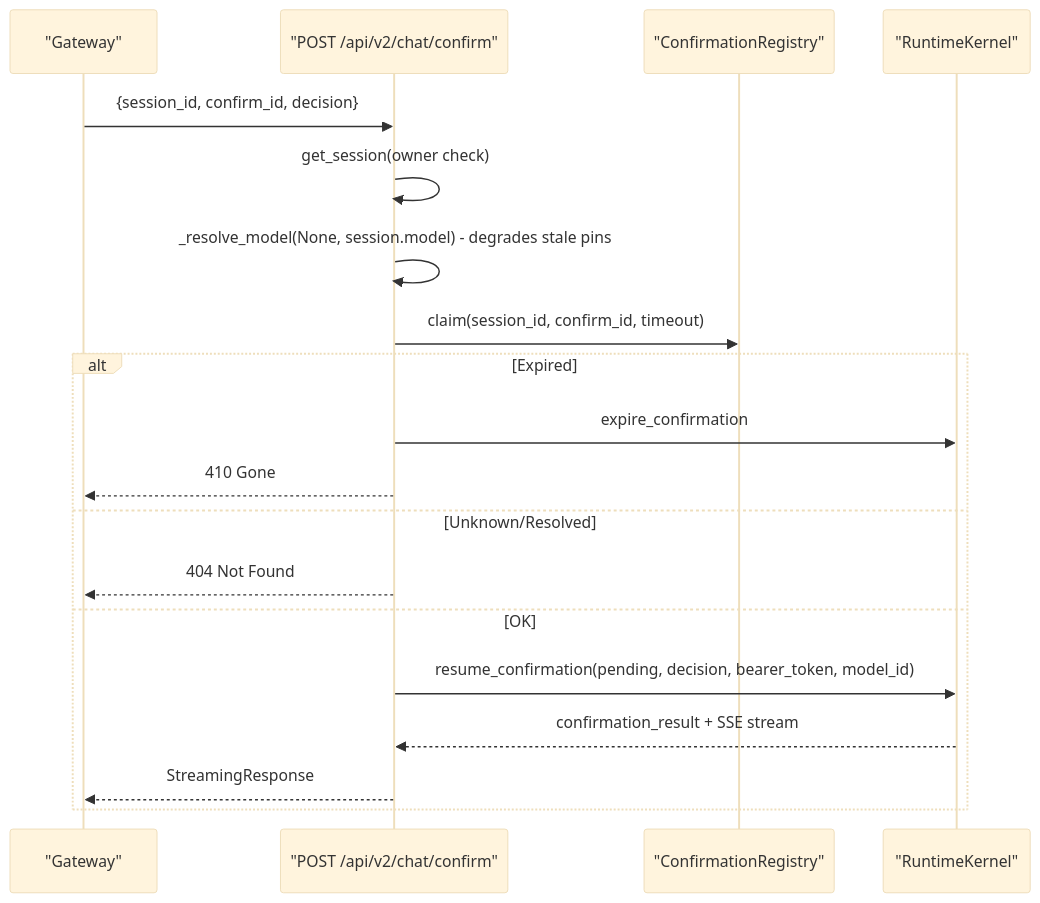
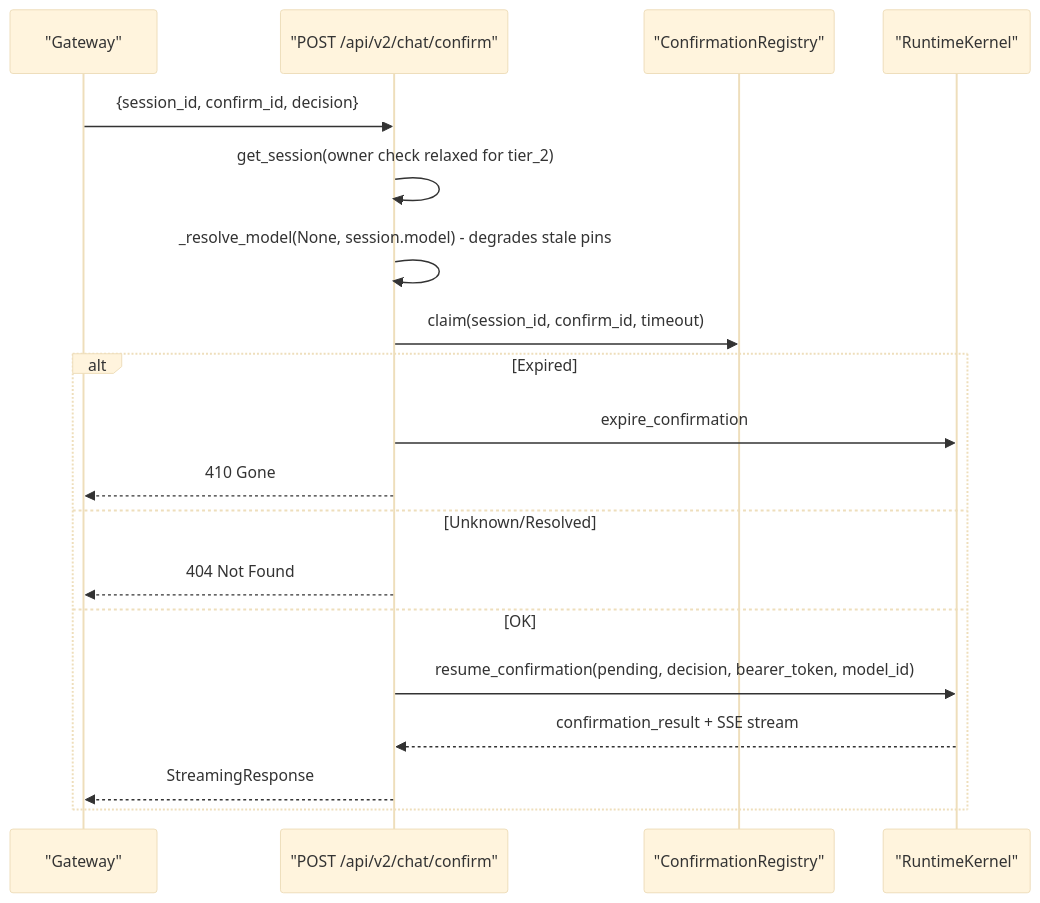
Before and after one commit to metasync/luban-aiops: the sixth of 10 diagrams in .qoder/repowiki/en/content/Agent Platform Service/HITL Confirmation Bridging (SPEC-020).md, drawn with Mermaid (base theme). The commit also changed other lines of this file and 7 other files, not shown here.

````diff
--- a/.qoder/repowiki/en/content/Agent Platform Service/HITL Confirmation Bridging (SPEC-020).md
+++ b/.qoder/repowiki/en/content/Agent Platform Service/HITL Confirmation Bridging (SPEC-020).md
@@ -272,21 +324,21 @@
 ```mermaid
 sequenceDiagram
 participant Client as "Gateway"
 participant Route as "POST /api/v2/chat/confirm"
 participant Reg as "ConfirmationRegistry"
 participant Kernel as "RuntimeKernel"
 Client->>Route : {session_id, confirm_id, decision}
-Route->>Route : get_session(owner check)
+Route->>Route : get_session(owner check relaxed for tier_2)
 Route->>Route : _resolve_model(None, session.model) - degrades stale pins
 Route->>Reg : claim(session_id, confirm_id, timeout)
 alt Expired
 Route->>Kernel : expire_confirmation
 Route-->>Client : 410 Gone
 else Unknown/Resolved
 Route-->>Client : 404 Not Found
 else OK
 Route->>Kernel : resume_confirmation(pending, decision, bearer_token, model_id)
 Kernel-->>Route : confirmation_result + SSE stream
 Route-->>Client : StreamingResponse
 end
 ```
````
